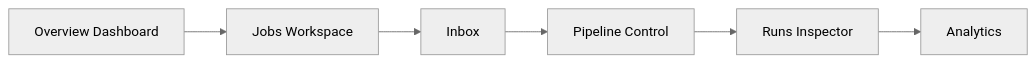
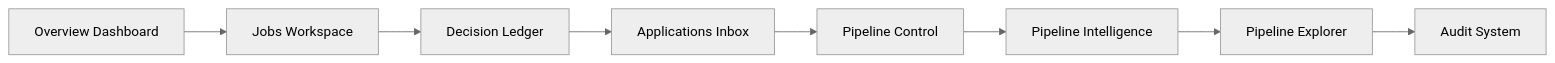
Before and after one commit to areddy1805/career-workflow-next: the second of 11 diagrams in README.md, drawn with Mermaid (neutral theme). The commit also changed other lines of this file and 2 other files, not shown here.

````diff
--- a/README.md
+++ b/README.md
@@ -175,11 +191,13 @@
 ```mermaid
 
 flowchart LR
 
 Overview["Overview Dashboard"]
 --> Jobs["Jobs Workspace"]
---> Inbox["Inbox"]
+--> Ledger["Decision Ledger"]
+--> Applications["Applications Inbox"]
 --> Pipeline["Pipeline Control"]
---> Runs["Runs Inspector"]
---> Analytics["Analytics"]
+--> Intelligence["Pipeline Intelligence"]
+--> Explorer["Pipeline Explorer"]
+--> Audit["Audit System"]
 ```
````
